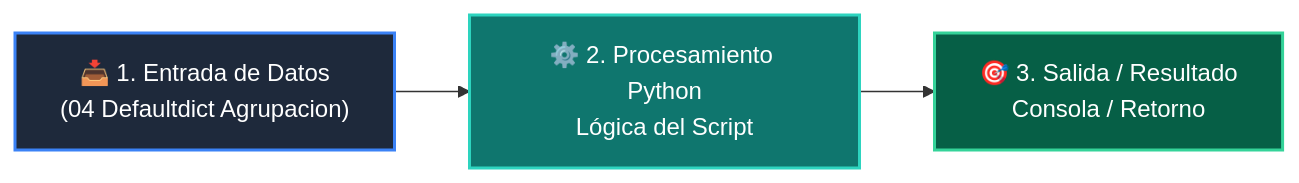
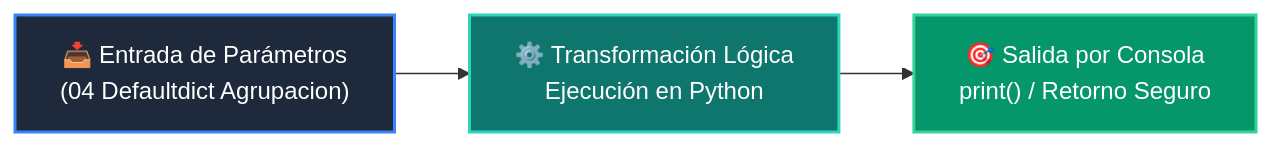
Before and after one commit to wisrovi/wisrovi-python: the diagram in 02-algoritmos-estructuras/clase-03-tablas-hash-y-sets/ejemplos/ejemplo_04_defaultdict_agrupacion/README.md, drawn with Mermaid. The commit also changed other lines of this file and 226 other files, not shown here.

Commit message:
docs: elevate all repository READMEs to world-class mastery standard with rich pedagogical architecture, custom Mermaids, and professional styling

````diff
--- a/02-algoritmos-estructuras/clase-03-tablas-hash-y-sets/ejemplos/ejemplo_04_defaultdict_agrupacion/README.md
+++ b/02-algoritmos-estructuras/clase-03-tablas-hash-y-sets/ejemplos/ejemplo_04_defaultdict_agrupacion/README.md
@@ -12,9 +19,9 @@
 ```mermaid
 flowchart LR
-    A["📥 1. Entrada de Datos<br/>(04 Defaultdict Agrupacion)"] --> B["⚙️ 2. Procesamiento Python<br/>Lógica del Script"]
-    B --> C["🎯 3. Salida / Resultado<br/>Consola / Retorno"]
+    A["📥 Entrada de Parámetros<br/>(04 Defaultdict Agrupacion)"] --> B["⚙️ Transformación Lógica<br/>Ejecución en Python"]
+    B --> C["🎯 Salida por Consola<br/>print() / Retorno Seguro"]
 
-    style A fill:#1e293b,color:#fff,stroke:#3b82f6,stroke-width:2px
-    style B fill:#0f766e,color:#fff,stroke:#2dd4bf,stroke-width:2px
-    style C fill:#065f46,color:#fff,stroke:#34d399,stroke-width:2px
+    style A fill:#1e293b,color:#ffffff,stroke:#3b82f6,stroke-width:2px
+    style B fill:#0f766e,color:#ffffff,stroke:#2dd4bf,stroke-width:2px
+    style C fill:#059669,color:#ffffff,stroke:#34d399,stroke-width:2px
 ```
````
